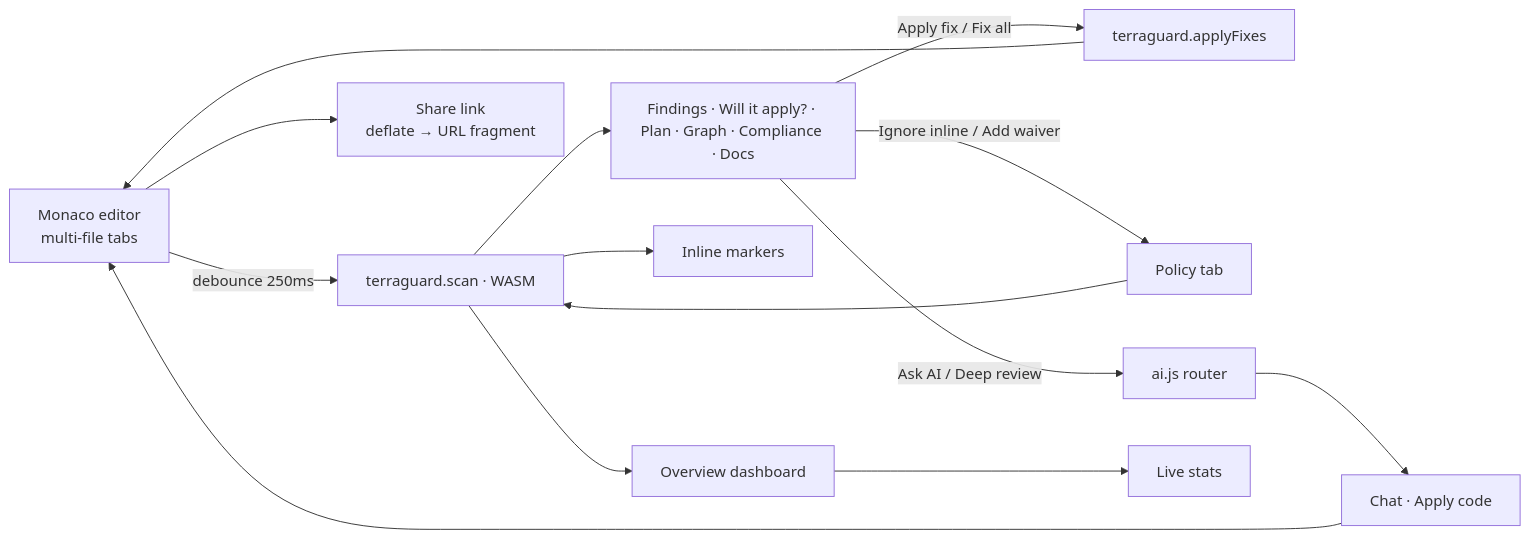
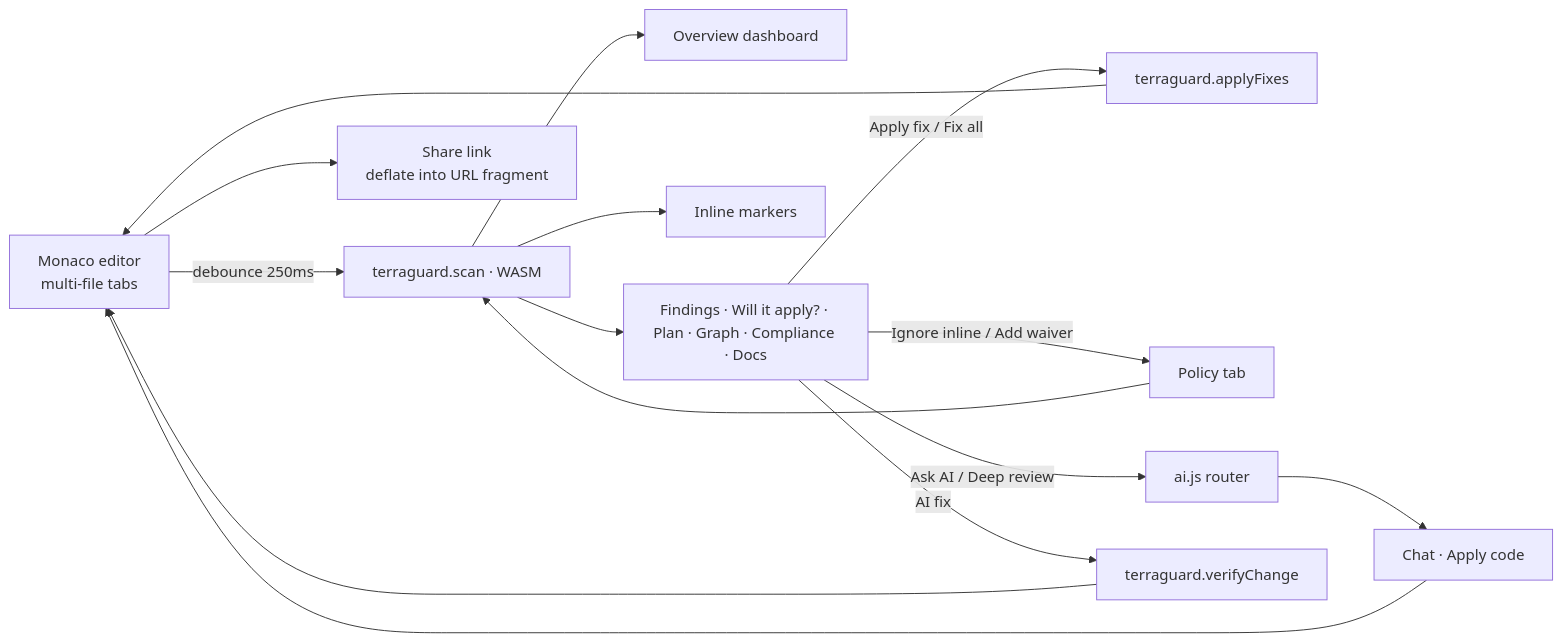
The second of 13 diagrams in docs/ARCHITECTURE.md (Karthik-099/TERRAGUARD), drawn with Mermaid before and after one commit. The commit also changed other lines of this file and 58 other files, not shown here.

````diff
--- a/docs/ARCHITECTURE.md
+++ b/docs/ARCHITECTURE.md
@@ -110,12 +112,12 @@
 ```mermaid
 flowchart LR
   ED[Monaco editor<br/>multi-file tabs] -- debounce 250ms --> SC[terraguard.scan · WASM]
   SC --> OV[Overview dashboard]
   SC --> TABS[Findings · Will it apply? · Plan · Graph · Compliance · Docs]
   SC --> MK[Inline markers]
   TABS -- Apply fix / Fix all --> AF[terraguard.applyFixes] --> ED
   TABS -- Ignore inline / Add waiver --> POLICY[Policy tab] --> SC
   TABS -- Ask AI / Deep review --> AI[ai.js router] --> CHAT[Chat · Apply code] --> ED
-  OV --> LIVE[Live stats]
-  ED --> SH[Share link<br/>deflate → URL fragment]
+  TABS -- AI fix --> VF[terraguard.verifyChange] --> ED
+  ED --> SH[Share link<br/>deflate into URL fragment]
 ```
````
